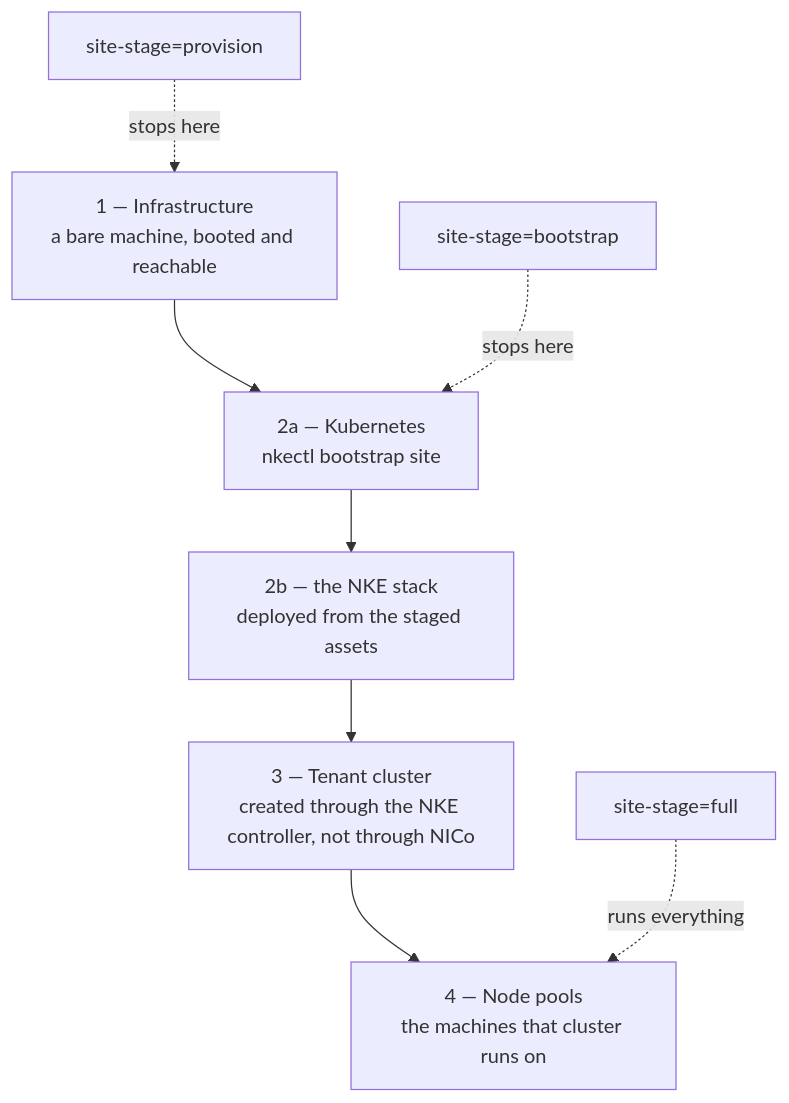
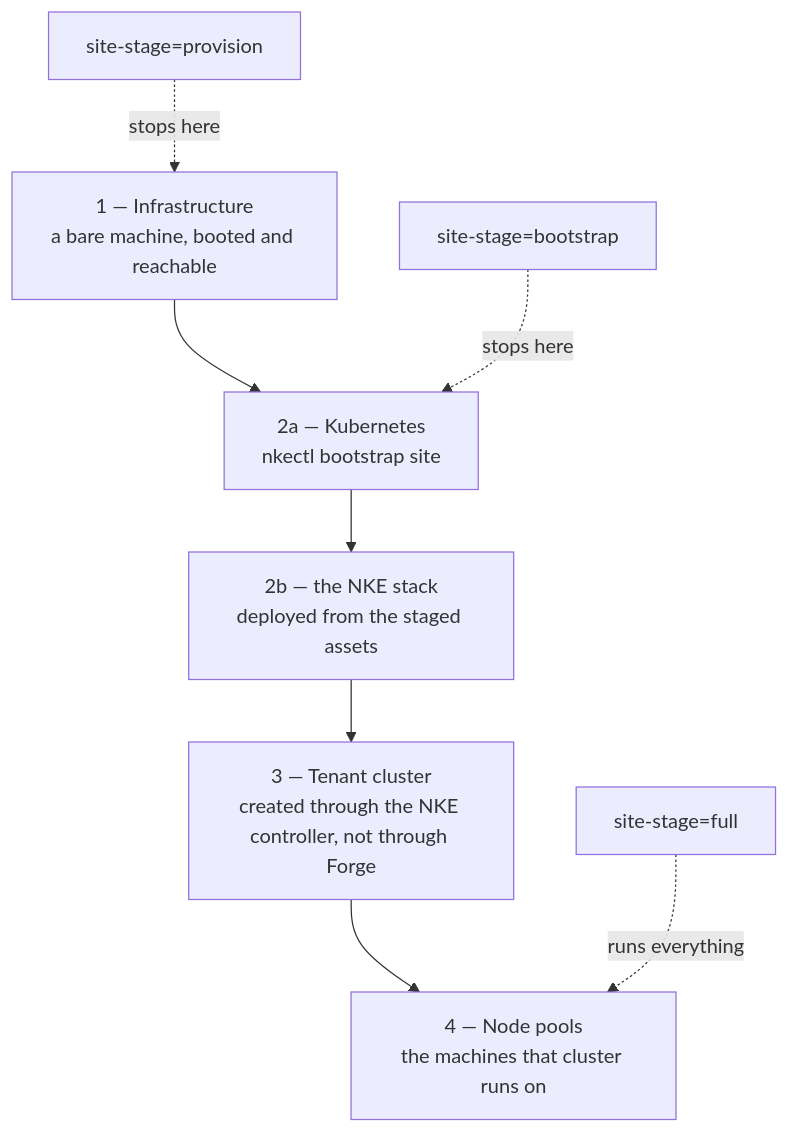
Before and after one commit to dsx-ai-factory/nvke: the first of 5 diagrams in docs/qualification/hardware-lane.md, drawn with Mermaid. The commit also changed other lines of this file and 3 other files, not shown here.

Commit message:
docs: keep Forge naming and call the hardware lane's site the site controller machine

````diff
--- a/docs/qualification/hardware-lane.md
+++ b/docs/qualification/hardware-lane.md
@@ -49,14 +49,14 @@
 ```mermaid
 flowchart TB
     S1["1 — Infrastructure<br/>a bare machine, booted and reachable"]
     S2K["2a — Kubernetes<br/>nkectl bootstrap site"]
     S2N["2b — the NKE stack<br/>deployed from the staged assets"]
-    S3["3 — Tenant cluster<br/>created through the NKE controller, not through NICo"]
+    S3["3 — Tenant cluster<br/>created through the NKE controller, not through Forge"]
     S4["4 — Node pools<br/>the machines that cluster runs on"]
 
     S1 --> S2K --> S2N --> S3 --> S4
 
     P["site-stage=provision"] -.->|stops here| S1
     B["site-stage=bootstrap"] -.->|stops here| S2K
     F["site-stage=full"] -.->|runs everything| S4
 ```
````
